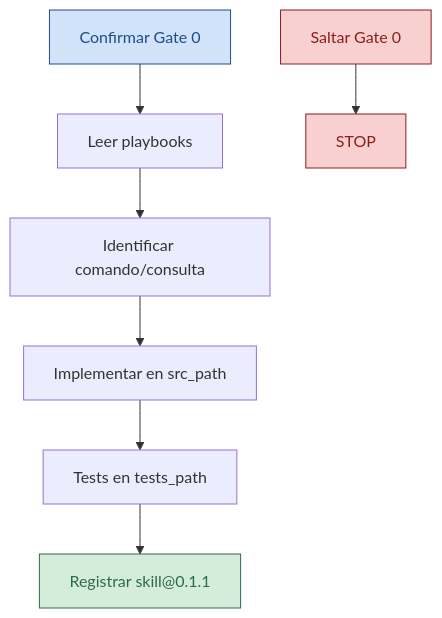
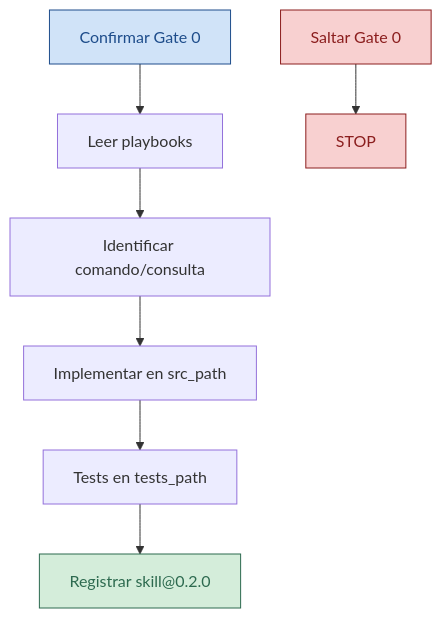
One commit to Cyberdine-Systems-Corporation/sdaf-stack-dotnet changed the diagram in skills/csharp-adr006-slice/SKILL.md. Above: the diagram before and after it, drawn with Mermaid. The commit also changed other lines of this file and 24 other files, not shown here.

````diff
--- a/skills/csharp-adr006-slice/SKILL.md
+++ b/skills/csharp-adr006-slice/SKILL.md
@@ -39,19 +39,19 @@
 ```mermaid
 flowchart TD
   g0[Confirmar Gate 0] --> pb[Leer playbooks]
   pb --> id[Identificar comando/consulta]
   id --> impl[Implementar en src_path]
   impl --> tests[Tests en tests_path]
-  tests --> wl[Registrar skill@0.1.1]
+  tests --> wl[Registrar skill@0.2.0]
   skip[Saltar Gate 0] --> stop[STOP]
 
   classDef stop fill:#f8d0d0,stroke:#8b1e1e,color:#8b1e1e
   classDef ok fill:#d4edda,stroke:#2d6a4f,color:#2d6a4f
   classDef stub fill:#e9ecef,stroke:#6c757d,color:#6c757d
   classDef core fill:#d0e3f8,stroke:#1e4d8b,color:#1e4d8b
 
   class stop stop
   class wl ok
   class g0 core
   class skip stop
 ```
````
